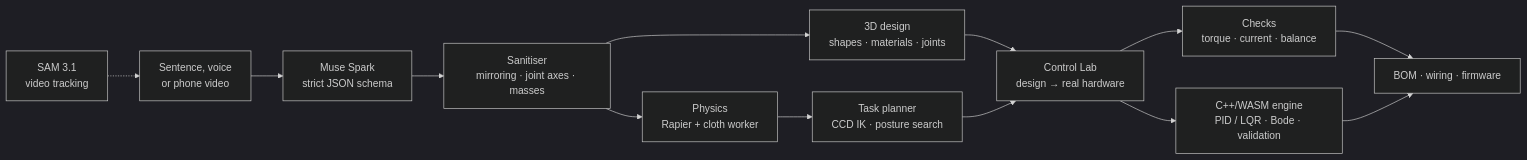
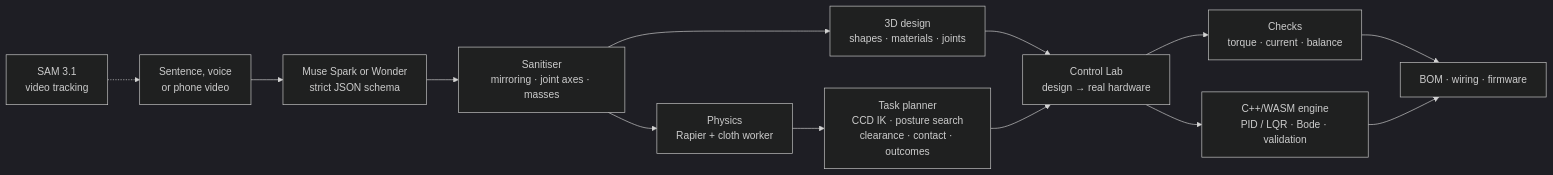
Before and after one commit to aboderinsamuel/MetaRobo: the diagram in README.md, drawn with Mermaid (dark theme). The commit also changed other lines of this file and 41 other files, not shown here.

````diff
--- a/README.md
+++ b/README.md
@@ -138,15 +146,15 @@
 ```mermaid
 flowchart LR
-    A["Sentence, voice<br/>or phone video"] --> B["Muse Spark<br/>strict JSON schema"]
+    A["Sentence, voice<br/>or phone video"] --> B["Muse Spark or Wonder<br/>strict JSON schema"]
     V["SAM 3.1<br/>video tracking"] -.-> A
     B --> C["Sanitiser<br/>mirroring · joint axes · masses"]
     C --> D["3D design<br/>shapes · materials · joints"]
     C --> E["Physics<br/>Rapier + cloth worker"]
-    E --> F["Task planner<br/>CCD IK · posture search"]
+    E --> F["Task planner<br/>CCD IK · posture search<br/>clearance · contact · outcomes"]
     D --> G["Control Lab<br/>design → real hardware"]
     F --> G
     G --> H["Checks<br/>torque · current · balance"]
     G --> I["C++/WASM engine<br/>PID / LQR · Bode · validation"]
     H --> J["BOM · wiring · firmware"]
     I --> J
 ```
````
